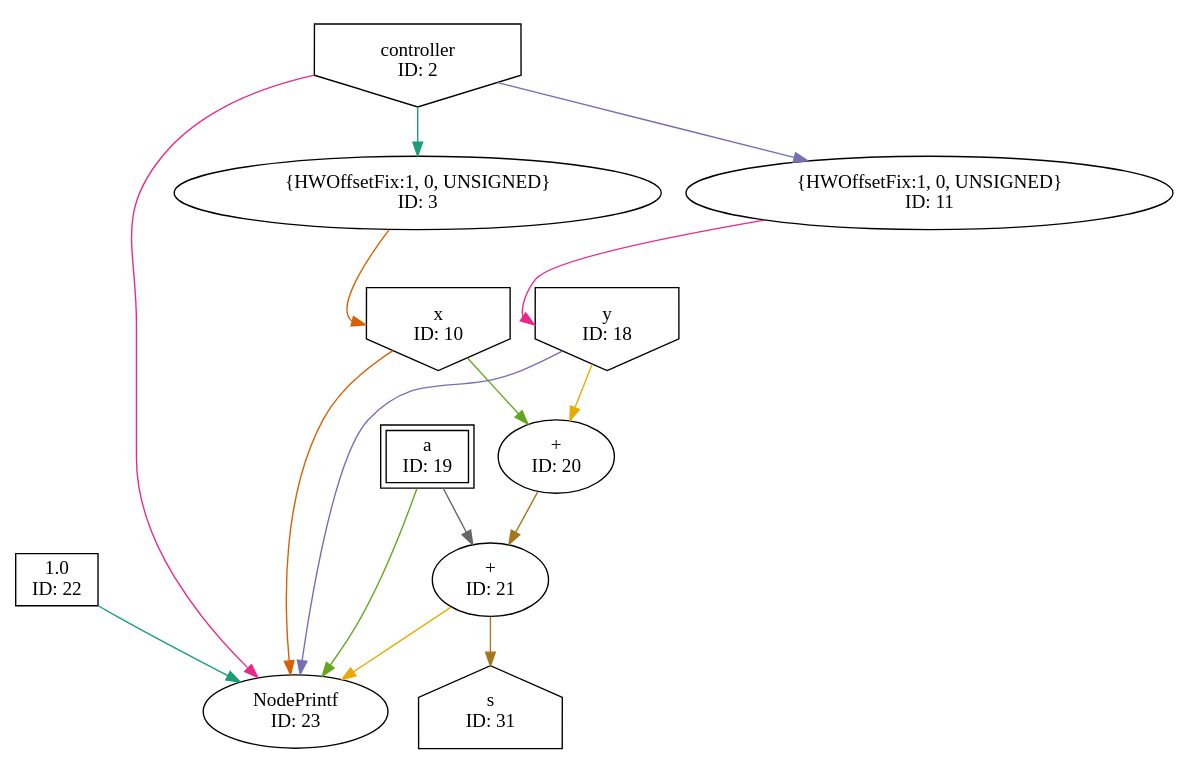
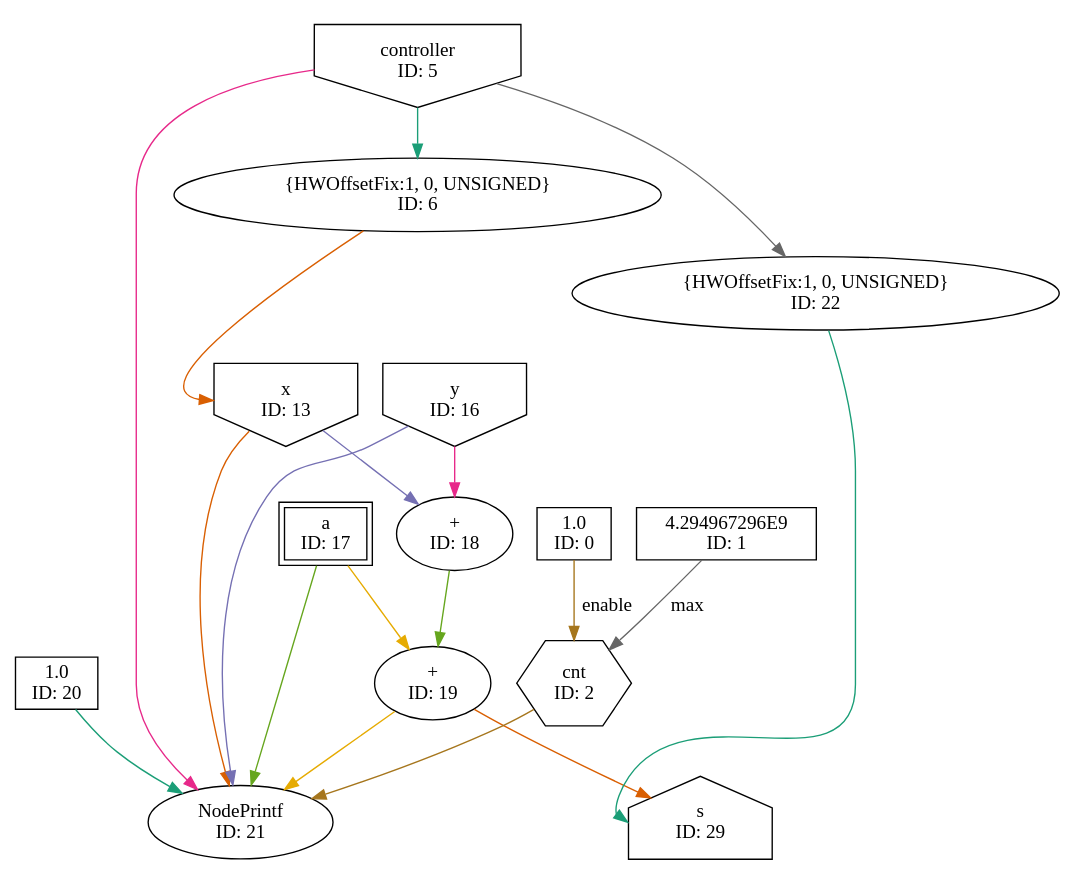
Before and after one commit to 3nric000/MaxelerRTM: the diagram in RTMQueue/RunRules/Simulation/maxfiles/Queue_VECTIS_DFE_SIM/scratch/QueueKernel_pre_dsp_extraction.dot, drawn with Graphviz. The commit also changed 70 other files, not shown here.

```diff
--- a/RTMQueue/RunRules/Simulation/maxfiles/Queue_VECTIS_DFE_SIM/scratch/QueueKernel_pre_dsp_extraction.dot
+++ b/RTMQueue/RunRules/Simulation/maxfiles/Queue_VECTIS_DFE_SIM/scratch/QueueKernel_pre_dsp_extraction.dot
@@ -1,28 +1,34 @@
 digraph QueueKernel_pre_dsp_extraction{
-	NodeConstantRawBits22 [shape=box, label="1.0\nID: 22"];
-	NodeInput2 [shape=invhouse, label="controller\nID: 2"];
-	NodeCast3 [label="{HWOffsetFix:1, 0, UNSIGNED}\nID: 3"];
-	NodeInput10 [shape=invhouse, label="x\nID: 10"];
-	NodeCast11 [label="{HWOffsetFix:1, 0, UNSIGNED}\nID: 11"];
-	NodeInput18 [shape=invhouse, label="y\nID: 18"];
-	NodeInputMappedReg19 [shape=box, peripheries=2, label="a\nID: 19"];
-	NodeAdd20 [label="+\nID: 20"];
-	NodeAdd21 [label="+\nID: 21"];
-	NodePrintf23 [label="NodePrintf\nID: 23"];
-	NodeOutput31 [shape=house, label="s\nID: 31"];
-	NodeInput2 -> NodeCast3[color="/dark28/1" photon_data="EDGE,SrcNode:2,SrcNodePort:data"];
-	NodeCast3 -> NodeInput10[headport="w" color="/dark28/2" ];
-	NodeInput2 -> NodeCast11[color="/dark28/3" photon_data="EDGE,SrcNode:2,SrcNodePort:data"];
-	NodeCast11 -> NodeInput18[headport="w" color="/dark28/4" ];
-	NodeInput10 -> NodeAdd20[color="/dark28/5" photon_data="EDGE,SrcNode:10,SrcNodePort:data"];
-	NodeInput18 -> NodeAdd20[color="/dark28/6" photon_data="EDGE,SrcNode:18,SrcNodePort:data"];
-	NodeAdd20 -> NodeAdd21[color="/dark28/7" photon_data="EDGE,SrcNode:20,SrcNodePort:result"];
-	NodeInputMappedReg19 -> NodeAdd21[color="/dark28/8" photon_data="EDGE,SrcNode:19,SrcNodePort:a"];
-	NodeConstantRawBits22 -> NodePrintf23[color="/dark28/1" photon_data="EDGE,SrcNode:22,SrcNodePort:value"];
-	NodeInput10 -> NodePrintf23[color="/dark28/2" photon_data="EDGE,SrcNode:10,SrcNodePort:data"];
-	NodeInput18 -> NodePrintf23[color="/dark28/3" photon_data="EDGE,SrcNode:18,SrcNodePort:data"];
-	NodeInput2 -> NodePrintf23[color="/dark28/4" photon_data="EDGE,SrcNode:2,SrcNodePort:data"];
-	NodeInputMappedReg19 -> NodePrintf23[color="/dark28/5" photon_data="EDGE,SrcNode:19,SrcNodePort:a"];
-	NodeAdd21 -> NodePrintf23[color="/dark28/6" photon_data="EDGE,SrcNode:21,SrcNodePort:result"];
-	NodeAdd21 -> NodeOutput31[color="/dark28/7" photon_data="EDGE,SrcNode:21,SrcNodePort:result"];
+	NodeConstantRawBits20 [shape=box, label="1.0\nID: 20"];
+	NodeInput5 [shape=invhouse, label="controller\nID: 5"];
+	NodeCast6 [label="{HWOffsetFix:1, 0, UNSIGNED}\nID: 6"];
+	NodeInput13 [shape=invhouse, label="x\nID: 13"];
+	NodeInput16 [shape=invhouse, label="y\nID: 16"];
+	NodeInputMappedReg17 [shape=box, peripheries=2, label="a\nID: 17"];
+	NodeAdd18 [label="+\nID: 18"];
+	NodeAdd19 [label="+\nID: 19"];
+	NodeConstantDouble0 [shape=box, label="1.0\nID: 0"];
+	NodeConstantRawBits1 [shape=box, label="4.294967296E9\nID: 1"];
+	NodeCounterV12 [shape=hexagon, label="cnt\nID: 2"];
+	NodePrintf21 [label="NodePrintf\nID: 21"];
+	NodeCast22 [label="{HWOffsetFix:1, 0, UNSIGNED}\nID: 22"];
+	NodeOutput29 [shape=house, label="s\nID: 29"];
+	NodeInput5 -> NodeCast6[color="/dark28/1" photon_data="EDGE,SrcNode:5,SrcNodePort:data"];
+	NodeCast6 -> NodeInput13[headport="w" color="/dark28/2" ];
+	NodeInput13 -> NodeAdd18[color="/dark28/3" photon_data="EDGE,SrcNode:13,SrcNodePort:data"];
+	NodeInput16 -> NodeAdd18[color="/dark28/4" photon_data="EDGE,SrcNode:16,SrcNodePort:data"];
+	NodeAdd18 -> NodeAdd19[color="/dark28/5" photon_data="EDGE,SrcNode:18,SrcNodePort:result"];
+	NodeInputMappedReg17 -> NodeAdd19[color="/dark28/6" photon_data="EDGE,SrcNode:17,SrcNodePort:a"];
+	NodeConstantDouble0 -> NodeCounterV12[label="enable" color="/dark28/7" photon_data="EDGE,SrcNode:0,SrcNodePort:value"];
+	NodeConstantRawBits1 -> NodeCounterV12[label="max" color="/dark28/8" photon_data="EDGE,SrcNode:1,SrcNodePort:value"];
+	NodeConstantRawBits20 -> NodePrintf21[color="/dark28/1" photon_data="EDGE,SrcNode:20,SrcNodePort:value"];
+	NodeInput13 -> NodePrintf21[color="/dark28/2" photon_data="EDGE,SrcNode:13,SrcNodePort:data"];
+	NodeInput16 -> NodePrintf21[color="/dark28/3" photon_data="EDGE,SrcNode:16,SrcNodePort:data"];
+	NodeInput5 -> NodePrintf21[color="/dark28/4" photon_data="EDGE,SrcNode:5,SrcNodePort:data"];
+	NodeInputMappedReg17 -> NodePrintf21[color="/dark28/5" photon_data="EDGE,SrcNode:17,SrcNodePort:a"];
+	NodeAdd19 -> NodePrintf21[color="/dark28/6" photon_data="EDGE,SrcNode:19,SrcNodePort:result"];
+	NodeCounterV12 -> NodePrintf21[color="/dark28/7" photon_data="EDGE,SrcNode:2,SrcNodePort:count"];
+	NodeInput5 -> NodeCast22[color="/dark28/8" photon_data="EDGE,SrcNode:5,SrcNodePort:data"];
+	NodeCast22 -> NodeOutput29[headport="w" color="/dark28/1" ];
+	NodeAdd19 -> NodeOutput29[color="/dark28/2" photon_data="EDGE,SrcNode:19,SrcNodePort:result"];
 }
```
